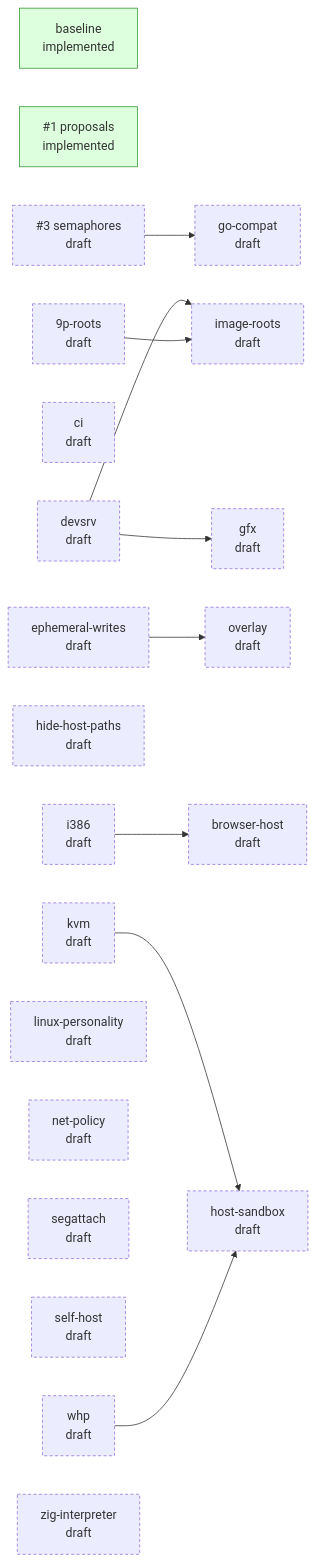
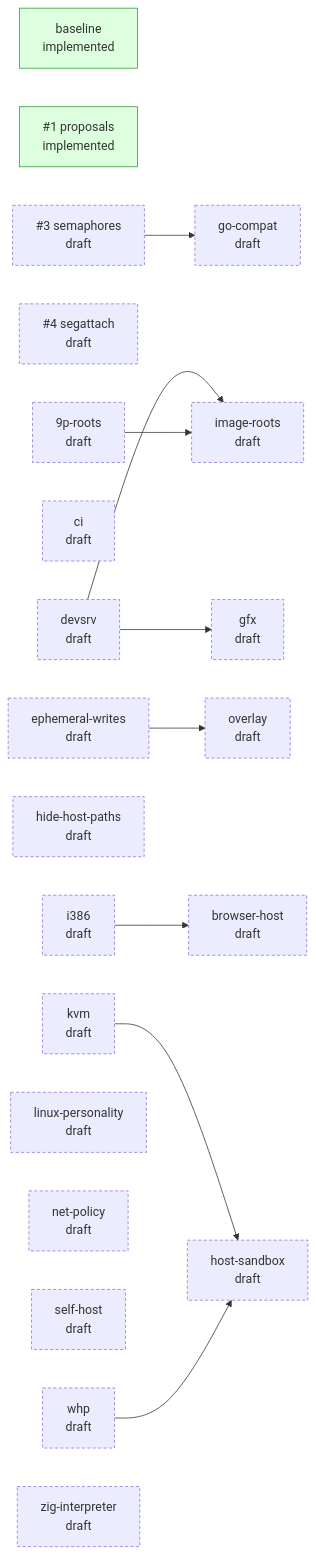
The diagram in README.md (jpf/hyper9), drawn with Mermaid before and after one commit. The commit also changed other lines of this file and 3 other files, not shown here.

````diff
--- a/README.md
+++ b/README.md
@@ -39,37 +39,37 @@
 ```mermaid
 flowchart LR
   classDef draft stroke-dasharray: 4 3
   classDef accepted stroke-width: 2px
   classDef implemented fill:#dfd,stroke:#393
   classDef closed fill:#eee,stroke:#999,color:#777
   p_baseline["baseline<br/>implemented"]:::implemented
   p_proposals["#35;1 proposals<br/>implemented"]:::implemented
   p_semaphores["#35;3 semaphores<br/>draft"]:::draft
+  p_segattach["#35;4 segattach<br/>draft"]:::draft
   p_9p_roots["9p-roots<br/>draft"]:::draft
   p_browser_host["browser-host<br/>draft"]:::draft
   p_ci["ci<br/>draft"]:::draft
   p_devsrv["devsrv<br/>draft"]:::draft
   p_ephemeral_writes["ephemeral-writes<br/>draft"]:::draft
   p_gfx["gfx<br/>draft"]:::draft
   p_go_compat["go-compat<br/>draft"]:::draft
   p_hide_host_paths["hide-host-paths<br/>draft"]:::draft
   p_host_sandbox["host-sandbox<br/>draft"]:::draft
   p_i386["i386<br/>draft"]:::draft
   p_image_roots["image-roots<br/>draft"]:::draft
   p_kvm["kvm<br/>draft"]:::draft
   p_linux_personality["linux-personality<br/>draft"]:::draft
   p_net_policy["net-policy<br/>draft"]:::draft
   p_overlay["overlay<br/>draft"]:::draft
-  p_segattach["segattach<br/>draft"]:::draft
   p_self_host["self-host<br/>draft"]:::draft
   p_whp["whp<br/>draft"]:::draft
   p_zig_interpreter["zig-interpreter<br/>draft"]:::draft
   p_i386 --> p_browser_host
   p_devsrv --> p_gfx
   p_semaphores --> p_go_compat
   p_kvm --> p_host_sandbox
   p_whp --> p_host_sandbox
   p_devsrv --> p_image_roots
   p_9p_roots --> p_image_roots
   p_ephemeral_writes --> p_overlay
 ```
````
